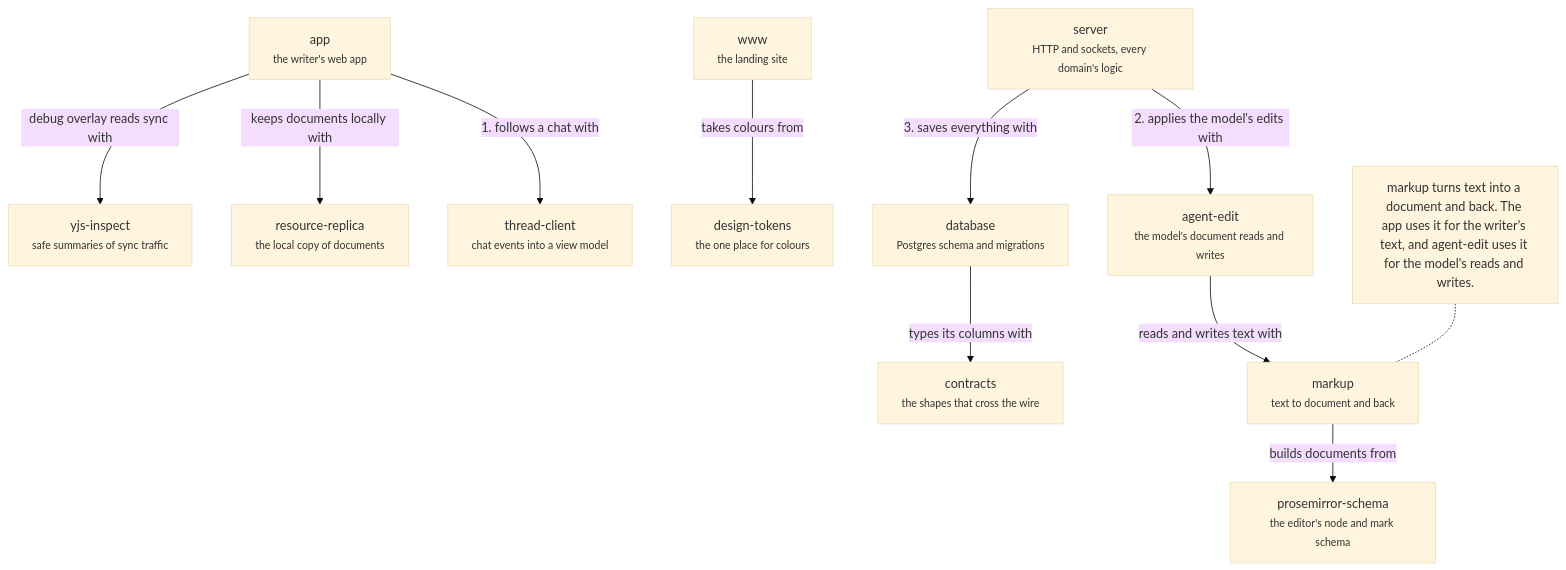
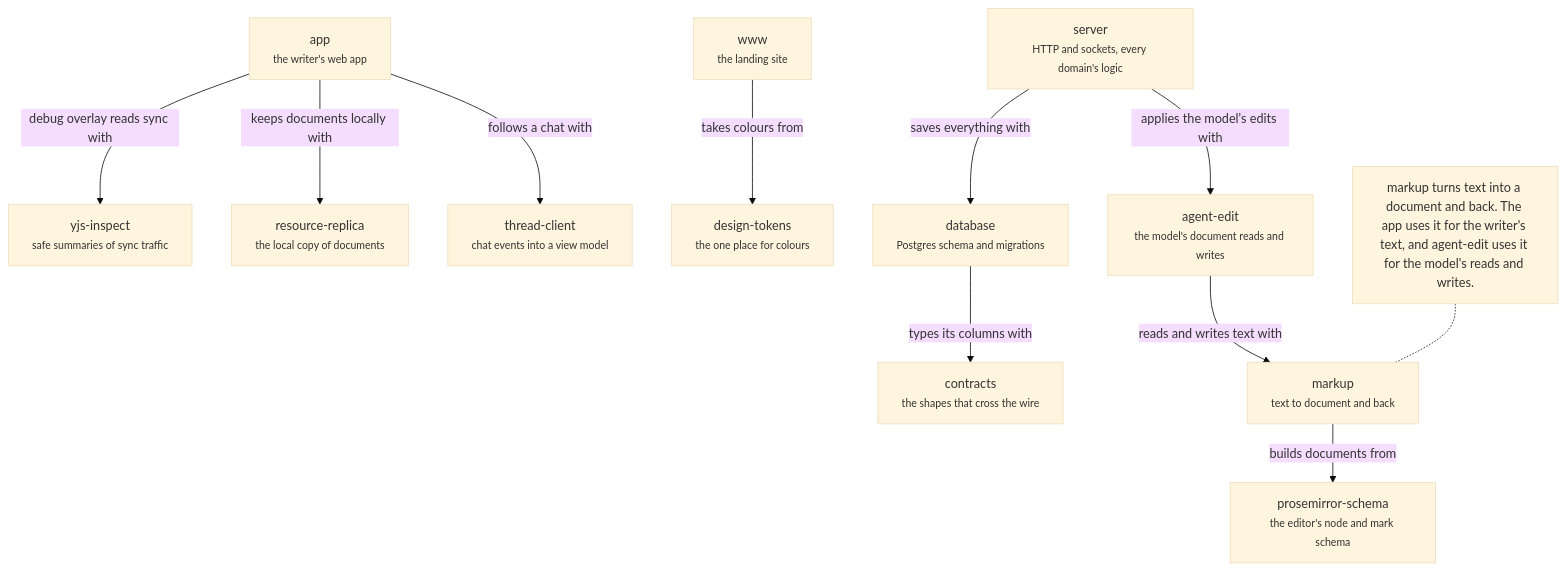
Before and after one commit to haowjy/meridian-flow: the diagram in .context/system-architecture/code.md, drawn with Mermaid (base theme). The commit also changed other lines of this file and 16 other files, not shown here.

First line of the commit message:
architecture map: Server and App are drilled into, flows live under journeys, services are generic

````diff
--- a/.context/system-architecture/code.md
+++ b/.context/system-architecture/code.md
@@ -10,26 +9,26 @@
 ```mermaid
 flowchart TB
   app["app<br/><small>the writer's web app</small>"]:::module
   server["server<br/><small>HTTP and sockets, every domain's logic</small>"]:::module
   www["www<br/><small>the landing site</small>"]:::module
   thread-client["thread-client<br/><small>chat events into a view model</small>"]:::package
   resource-replica["resource-replica<br/><small>the local copy of documents</small>"]:::package
   agent-edit["agent-edit<br/><small>the model's document reads and writes</small>"]:::package
   markup["markup<br/><small>text to document and back</small>"]:::package
   prosemirror-schema["prosemirror-schema<br/><small>the editor's node and mark schema</small>"]:::package
   database["database<br/><small>Postgres schema and migrations</small>"]:::package
   contracts["contracts<br/><small>the shapes that cross the wire</small>"]:::package
   design-tokens["design-tokens<br/><small>the one place for colours</small>"]:::package
   yjs-inspect["yjs-inspect<br/><small>safe summaries of sync traffic</small>"]:::package
-  app -->|"1. follows a chat with"| thread-client
+  app -->|"follows a chat with"| thread-client
   app -->|"keeps documents locally with"| resource-replica
-  server -->|"2. applies the model's edits with"| agent-edit
-  server -->|"3. saves everything with"| database
+  server -->|"applies the model's edits with"| agent-edit
+  server -->|"saves everything with"| database
   agent-edit -->|"reads and writes text with"| markup
   markup -->|"builds documents from"| prosemirror-schema
   database -->|"types its columns with"| contracts
   www -->|"takes colours from"| design-tokens
   app -->|"debug overlay reads sync with"| yjs-inspect
   note1["markup turns text into a document and back. The app uses it for the writer's text, and agent-edit uses it for the model's reads and writes."]:::note
   note1 -.- markup
 ```
````
